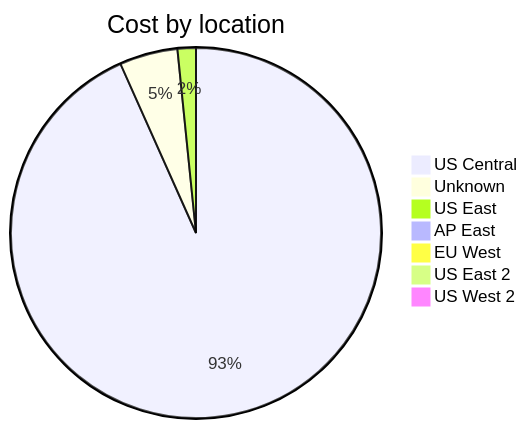
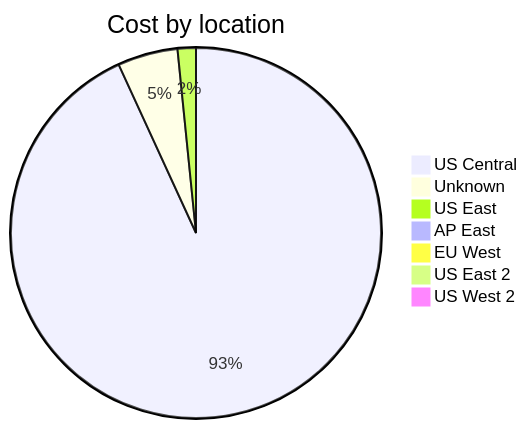
One commit to jpfulton/azure-personal-reports changed the third of 4 diagrams in cost-reports/accumulated-cost.md. Above: the diagram before and after it, drawn with Mermaid. The commit also changed other lines of this file and 4 other files, not shown here.

````diff
--- a/cost-reports/accumulated-cost.md
+++ b/cost-reports/accumulated-cost.md
@@ -123,11 +123,11 @@
 ```mermaid
 pie
    title Cost by location
-   "US Central" : 3.49
-   "Unknown" : 0.19
-   "US East" : 0.06
+   "US Central" : 4.08
+   "Unknown" : 0.23
+   "US East" : 0.07
    "AP East" : 0.00
    "EU West" : 0.00
    "US East 2" : 0.00
    "US West 2" : 0.00
 ```
````
